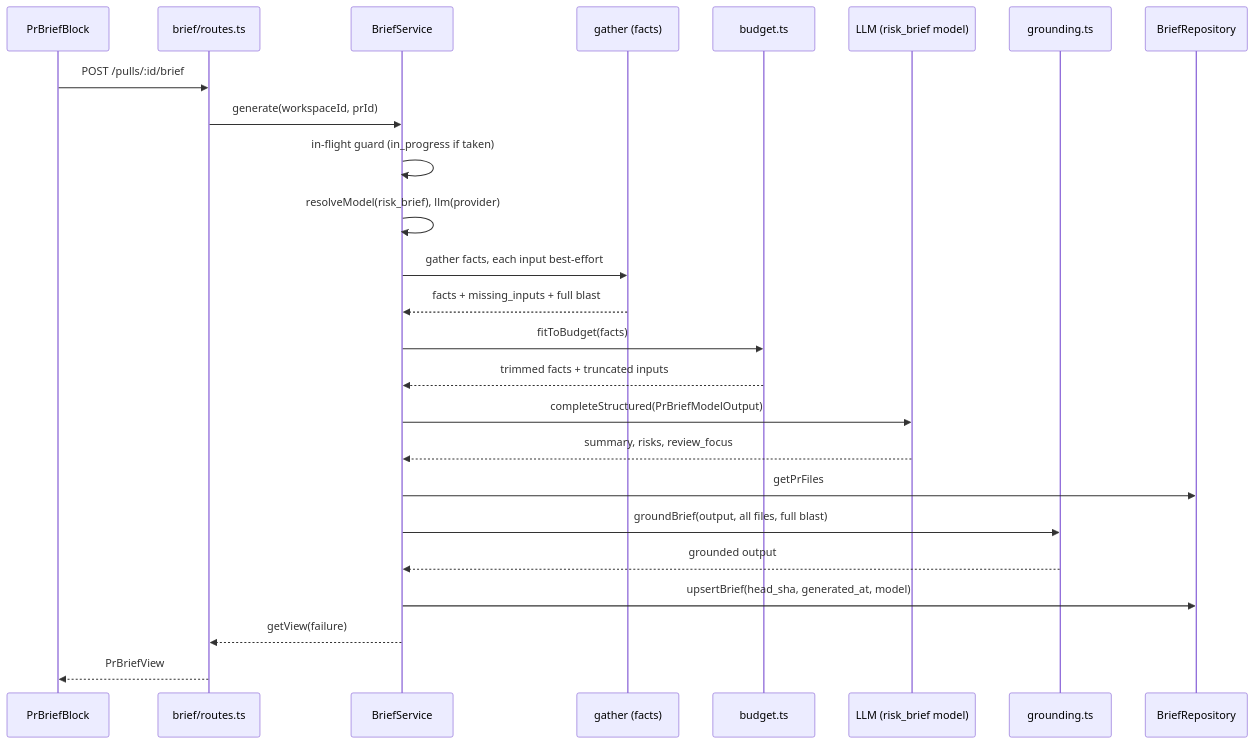
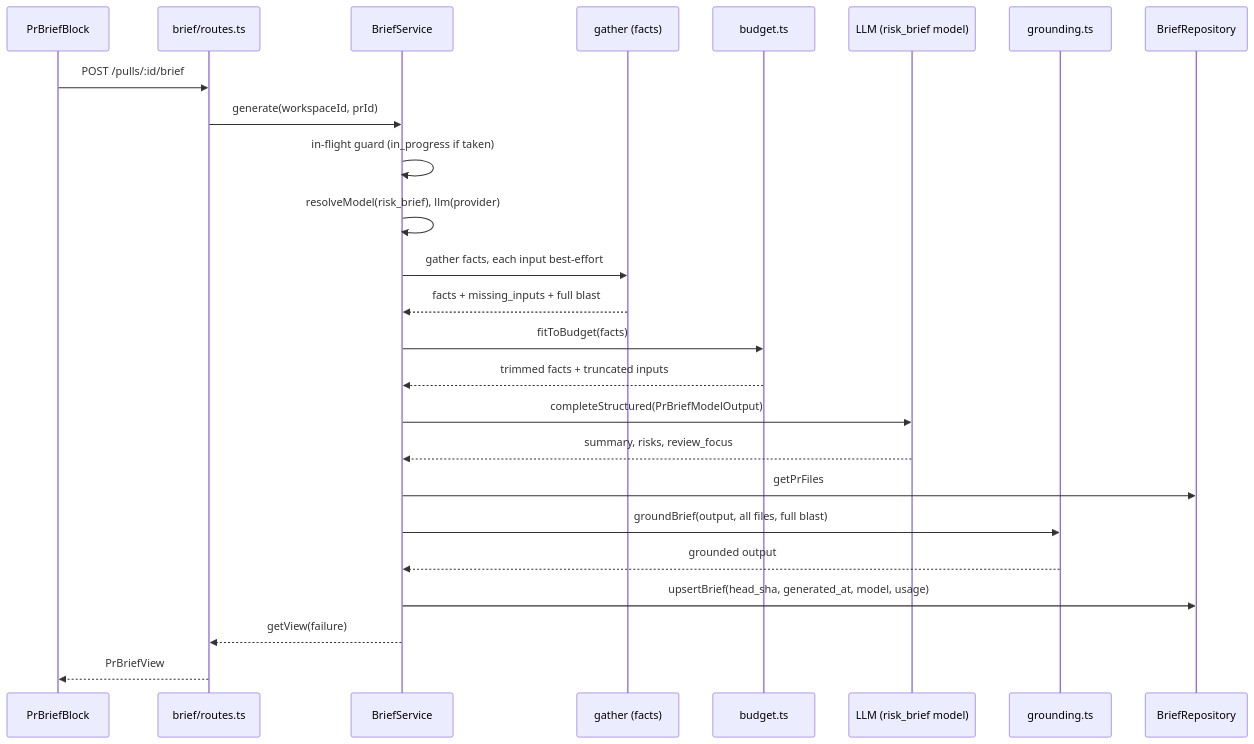
One commit to korzunss/dev-digest changed the first of 3 diagrams in docs/pr-brief.md. Above: the diagram before and after it, drawn with Mermaid. The commit also changed other lines of this file and 8 other files, not shown here.

````diff
--- a/docs/pr-brief.md
+++ b/docs/pr-brief.md
@@ -37,28 +37,28 @@
 ```mermaid
 sequenceDiagram
     participant UI as PrBriefBlock
     participant R as brief/routes.ts
     participant S as BriefService
     participant G as gather (facts)
     participant B as budget.ts
     participant L as LLM (risk_brief model)
     participant Gr as grounding.ts
     participant Rp as BriefRepository
 
     UI->>R: POST /pulls/:id/brief
     R->>S: generate(workspaceId, prId)
     S->>S: in-flight guard (in_progress if taken)
     S->>S: resolveModel(risk_brief), llm(provider)
     S->>G: gather facts, each input best-effort
     G-->>S: facts + missing_inputs + full blast
     S->>B: fitToBudget(facts)
     B-->>S: trimmed facts + truncated inputs
     S->>L: completeStructured(PrBriefModelOutput)
     L-->>S: summary, risks, review_focus
     S->>Rp: getPrFiles
     S->>Gr: groundBrief(output, all files, full blast)
     Gr-->>S: grounded output
-    S->>Rp: upsertBrief(head_sha, generated_at, model)
+    S->>Rp: upsertBrief(head_sha, generated_at, model, usage)
     S-->>R: getView(failure)
     R-->>UI: PrBriefView
 ```
````
